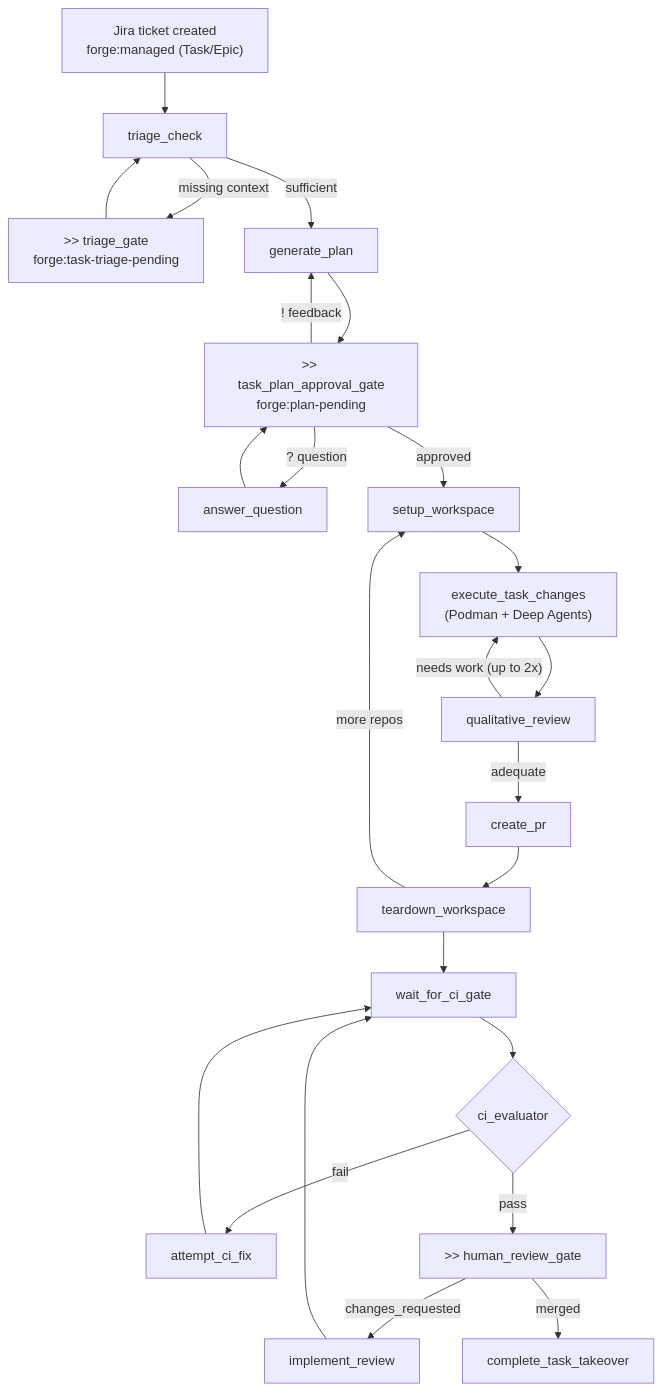
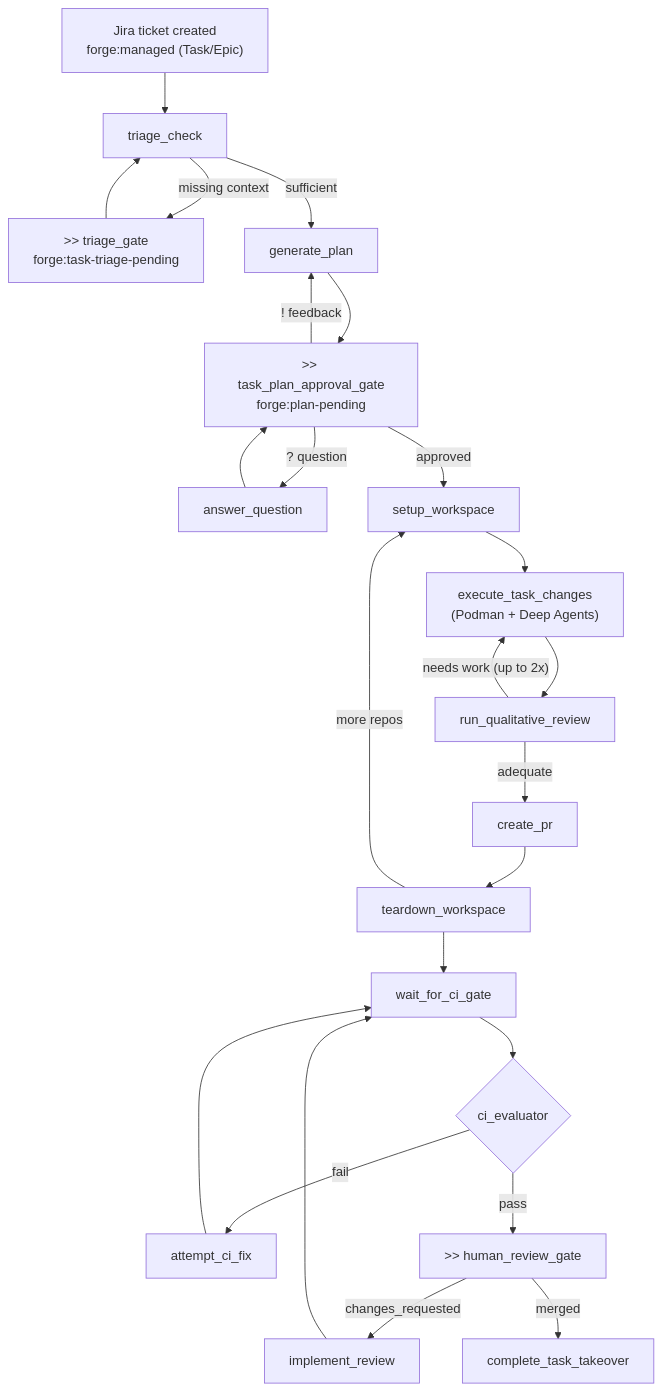
Before and after one commit to ekuris-redhat/forge: the fourth of 4 diagrams in docs/architecture.md, drawn with Mermaid. The commit also changed other lines of this file, not shown here.

First line of the commit message:
Address PR review feedback on architecture diagram

````diff
--- a/docs/architecture.md
+++ b/docs/architecture.md
@@ -149,28 +149,28 @@
 ```mermaid
 flowchart TD
     A["Jira ticket created\nforge:managed (Task/Epic)"] --> B[triage_check]
     B -->|missing context| C[">> triage_gate\nforge:task-triage-pending"]
     C --> B
     B -->|sufficient| D[generate_plan]
     D --> E[">> task_plan_approval_gate\nforge:plan-pending"]
     E -->|"? question"| F[answer_question]
     F --> E
     E -->|"! feedback"| D
     E -->|approved| G[setup_workspace]
 
     G --> H["execute_task_changes\n(Podman + Deep Agents)"]
-    H --> I[qualitative_review]
+    H --> I[run_qualitative_review]
     I -->|"needs work (up to 2x)"| H
     I -->|adequate| J[create_pr]
     J --> K[teardown_workspace]
     K -->|more repos| G
 
     K --> L[wait_for_ci_gate]
     L --> M{ci_evaluator}
     M -->|fail| N["attempt_ci_fix"]
     N --> L
     M -->|pass| O[">> human_review_gate"]
     O -->|changes_requested| P[implement_review]
     P --> L
     O -->|merged| Q[complete_task_takeover]
 ```
````
